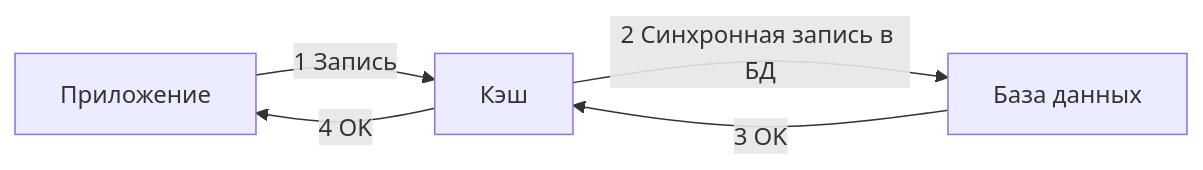
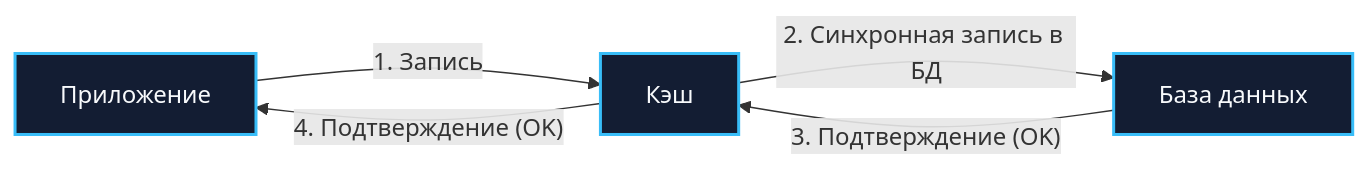
One commit to UnrealTemplier/go-textbook changed the fourth of 6 diagrams in sources/11. Архитектура и System Design/28. Кэширование. Cache Aside, Write Through, Write Back.md. Above: the diagram before and after it, drawn with Mermaid. The commit also changed other lines of this file, not shown here.

````diff
--- a/sources/11. Архитектура и System Design/28. Кэширование. Cache Aside, Write Through, Write Back.md
+++ b/sources/11. Архитектура и System Design/28. Кэширование. Cache Aside, Write Through, Write Back.md
@@ -135,7 +266,10 @@
 ```mermaid
 flowchart LR
-    App["Приложение"] -->|"1 Запись"| Cache["Кэш"]
-    Cache -->|"2 Синхронная запись в БД"| DB["База данных"]
-    DB -->|"3 OK"| Cache
-    Cache -->|"4 OK"| App
+    App["Приложение"] -->|"1. Запись"| Cache["Кэш"]
+    Cache -->|"2. Синхронная запись в БД"| DB["База данных"]
+    DB -->|"3. Подтверждение (OK)"| Cache
+    Cache -->|"4. Подтверждение (OK)"| App
+
+    classDef node fill:#131d33,stroke:#38bdf8,stroke-width:2px,color:#f8fafc;
+    class App,Cache,DB node;
 ```
````
